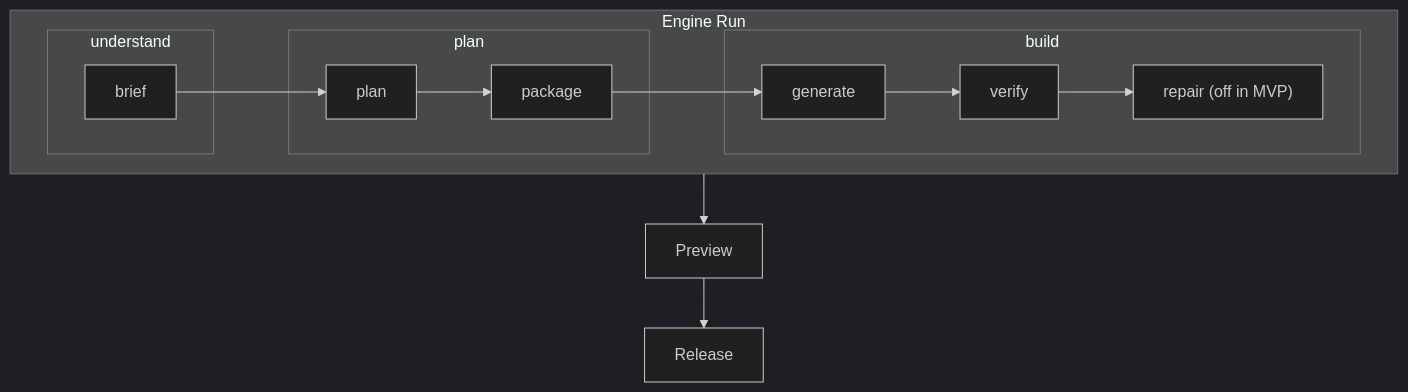
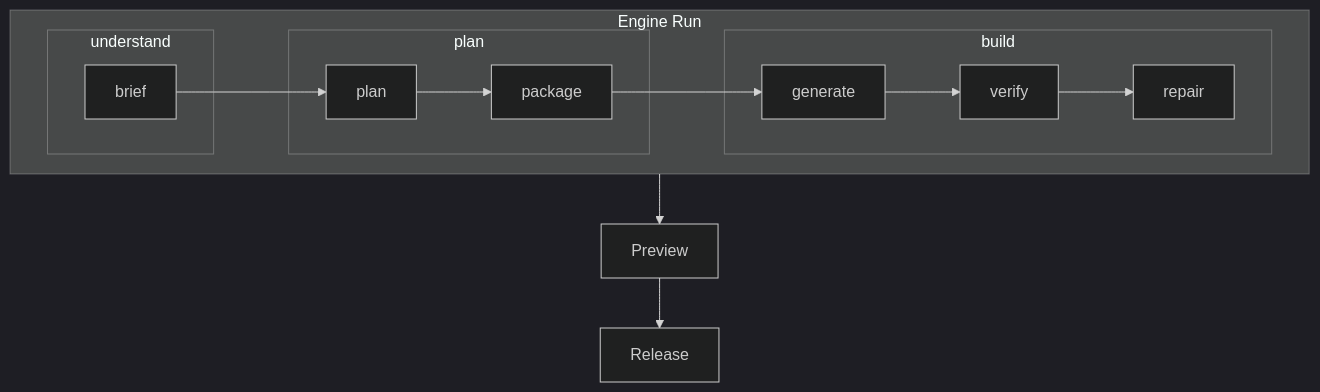
The diagram in docs/architecture/pipeline-mapping.md (Jakeminator123/sajtbyggaren), drawn with Mermaid (dark theme) before and after one commit. The commit also changed other lines of this file and 4 other files, not shown here.

````diff
--- a/docs/architecture/pipeline-mapping.md
+++ b/docs/architecture/pipeline-mapping.md
@@ -20,22 +20,22 @@
 ```mermaid
 flowchart TB
   subgraph engineRun [Engine Run]
     direction LR
     subgraph understandBlock [understand]
       brief[brief]
     end
     subgraph planBlock [plan]
       planStep[plan]
       packageStep[package]
     end
     subgraph buildBlock [build]
       generate[generate]
       verify[verify]
-      repair["repair (off in MVP)"]
+      repair[repair]
     end
     brief --> planStep --> packageStep --> generate --> verify --> repair
   end
   preview[Preview]
   release[Release]
   engineRun --> preview --> release
 ```
````
